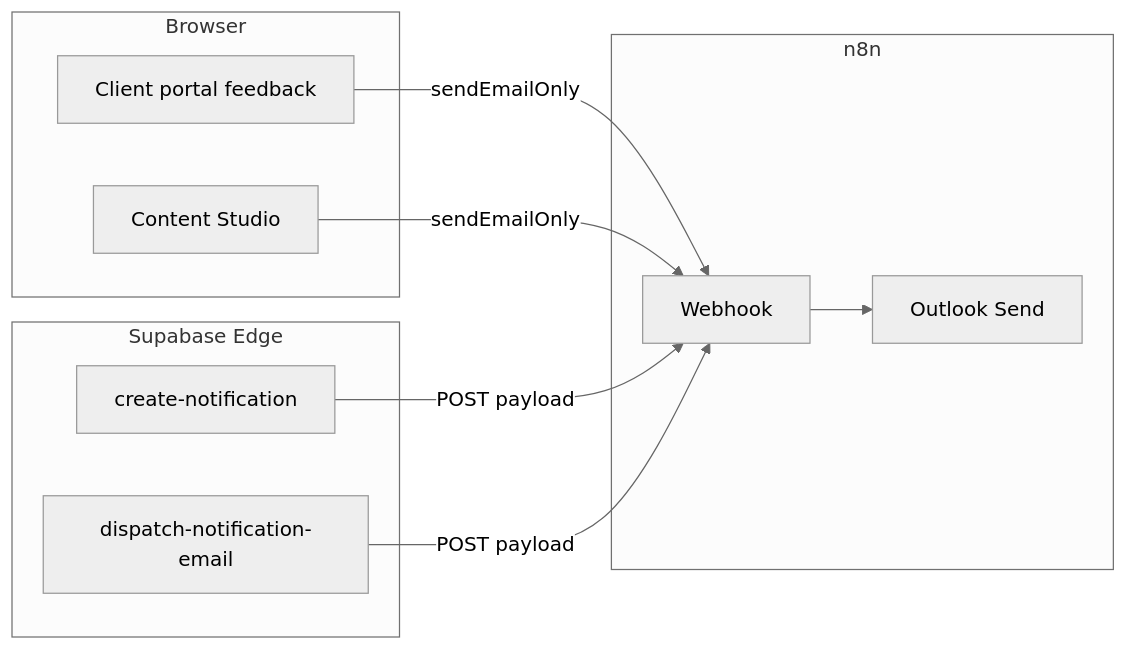
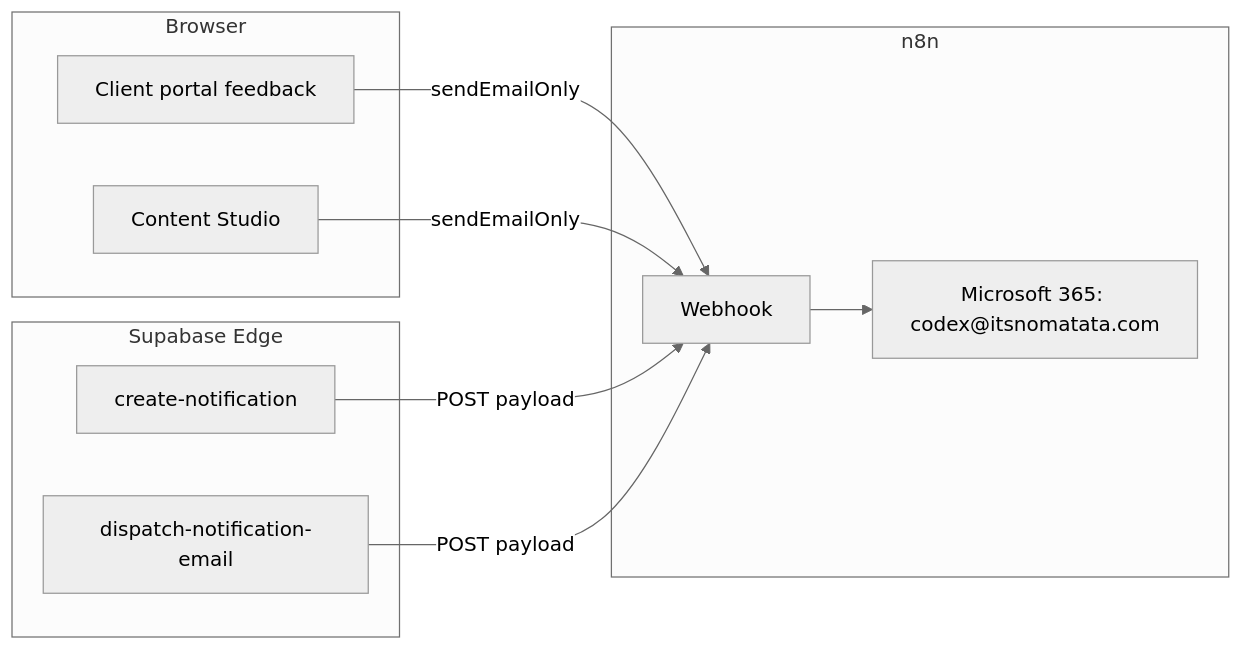
The diagram in n8n/itsnomatata-notification-email-setup.md (ItsnomatataDev/itsnomatata-workspace), drawn with Mermaid (neutral theme) before and after one commit. The commit also changed other lines of this file and 73 other files, not shown here.

````diff
--- a/n8n/itsnomatata-notification-email-setup.md
+++ b/n8n/itsnomatata-notification-email-setup.md
@@ -76,20 +93,20 @@
 ```mermaid
 flowchart LR
   subgraph browser [Browser]
     Portal[Client portal feedback]
     Studio[Content Studio]
   end
   subgraph edge [Supabase Edge]
     CN[create-notification]
     DQ[dispatch-notification-email]
   end
   subgraph n8n [n8n]
     WH[Webhook]
     OL[Outlook Send]
   end
   Portal -->|sendEmailOnly| WH
   Studio -->|sendEmailOnly| WH
   CN -->|POST payload| WH
   DQ -->|POST payload| WH
-  WH --> OL
+  WH --> OL[Microsoft 365: codex@itsnomatata.com]
 ```
````
